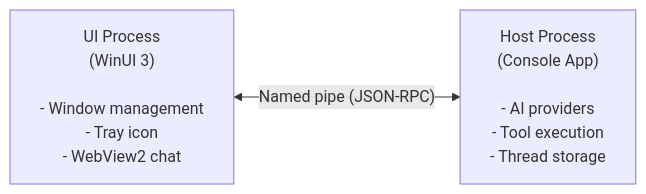
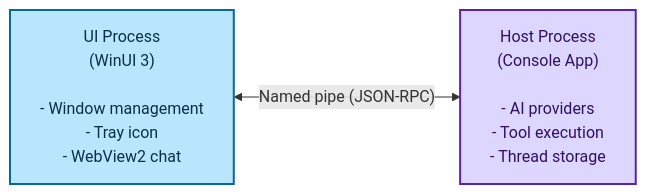
Before and after one commit to EvotecIT/IntelligenceX: the diagram in Docs/chat/architecture.md, drawn with Mermaid. The commit also changed 9 other files, not shown here.

Commit message:
feat(docs): theme-aware colorful mermaid diagrams across key workflows

````diff
--- a/Docs/chat/architecture.md
+++ b/Docs/chat/architecture.md
@@ -12,6 +12,11 @@
 ```mermaid
 flowchart LR
+    classDef ui fill:#BAE6FD,stroke:#0369A1,color:#082F49,stroke-width:2px;
+    classDef host fill:#DDD6FE,stroke:#5B21B6,color:#2E1065,stroke-width:2px;
     UI["UI Process<br/>(WinUI 3)<br/><br/>- Window management<br/>- Tray icon<br/>- WebView2 chat"]
     HOST["Host Process<br/>(Console App)<br/><br/>- AI providers<br/>- Tool execution<br/>- Thread storage"]
     UI <-->|"Named pipe (JSON-RPC)"| HOST
+
+    class UI ui;
+    class HOST host;
 ```
````
